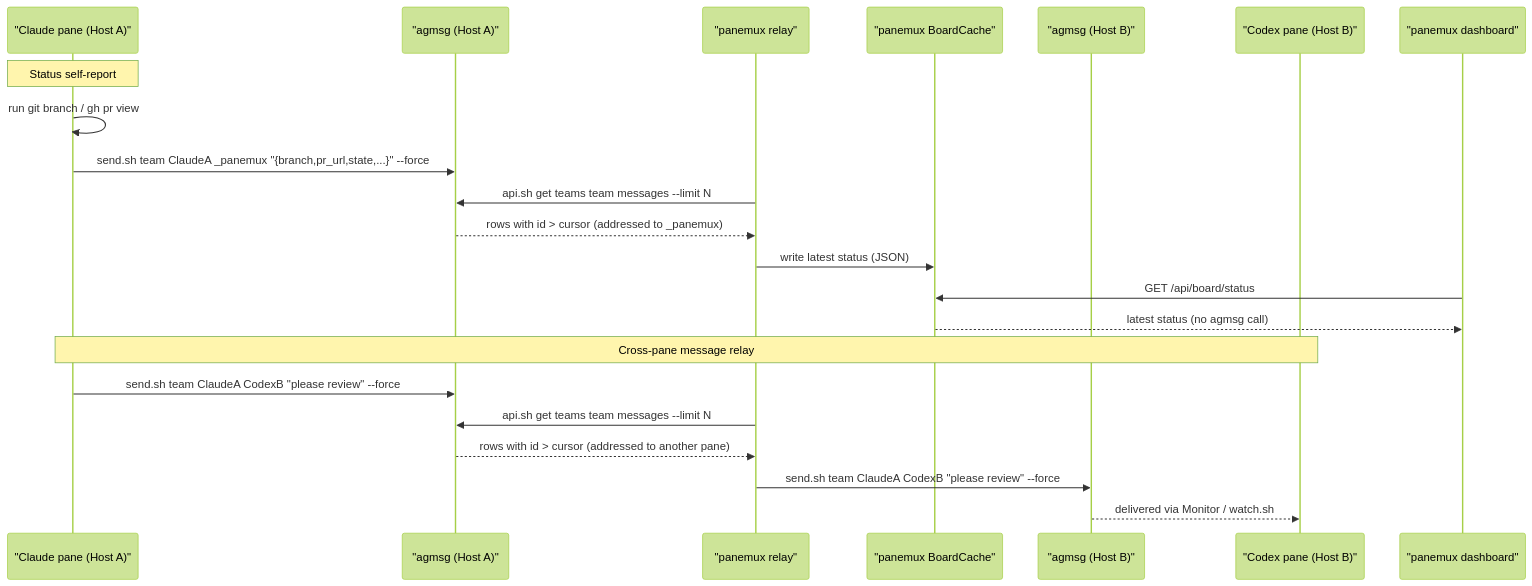
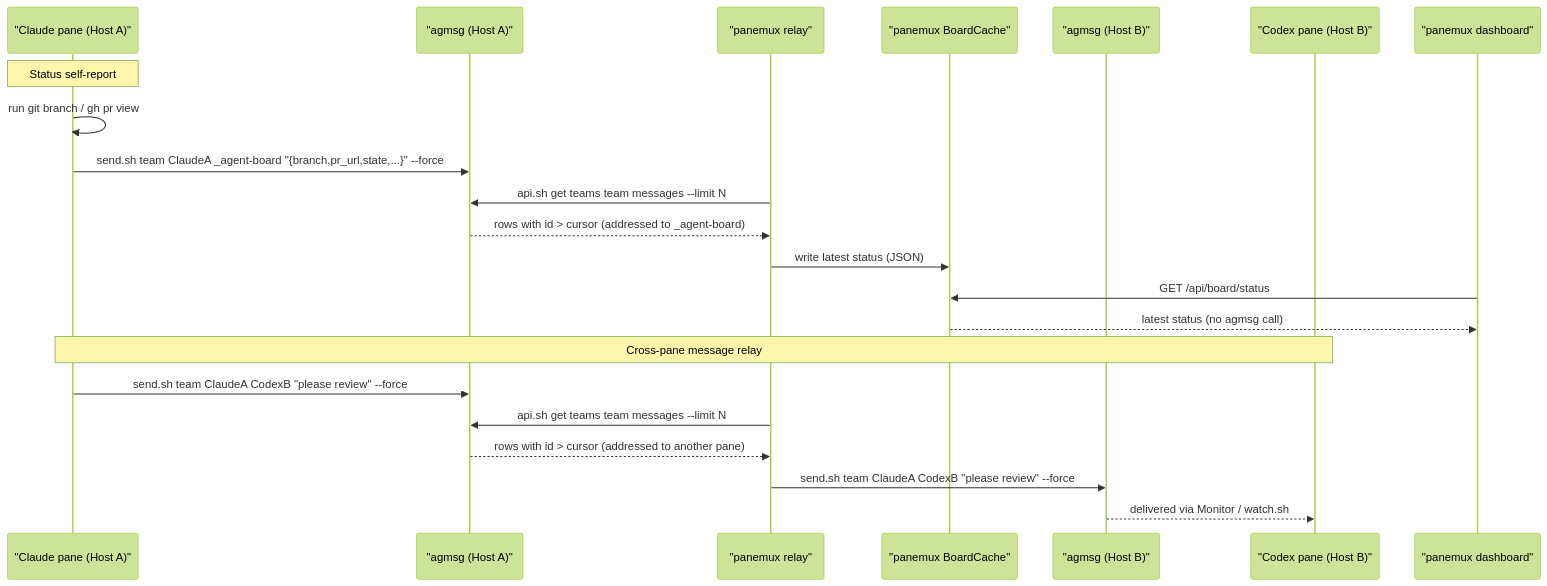
The third of 4 diagrams in docs/agent-board.md (tomo-chan/panemux), drawn with Mermaid (forest theme) before and after one commit. The commit also changed other lines of this file and 13 other files, not shown here.

````diff
--- a/docs/agent-board.md
+++ b/docs/agent-board.md
@@ -461,26 +470,26 @@
 ```mermaid
 sequenceDiagram
     participant ClaudeA as "Claude pane (Host A)"
     participant AgmsgA as "agmsg (Host A)"
     participant Relay as "panemux relay"
     participant Cache as "panemux BoardCache"
     participant AgmsgB as "agmsg (Host B)"
     participant CodexB as "Codex pane (Host B)"
     participant Dash as "panemux dashboard"
 
     Note over ClaudeA: Status self-report
     ClaudeA->>ClaudeA: run git branch / gh pr view
-    ClaudeA->>AgmsgA: send.sh team ClaudeA _panemux "{branch,pr_url,state,...}" --force
+    ClaudeA->>AgmsgA: send.sh team ClaudeA _agent-board "{branch,pr_url,state,...}" --force
     Relay->>AgmsgA: api.sh get teams team messages --limit N
-    AgmsgA-->>Relay: rows with id > cursor (addressed to _panemux)
+    AgmsgA-->>Relay: rows with id > cursor (addressed to _agent-board)
     Relay->>Cache: write latest status (JSON)
     Dash->>Cache: GET /api/board/status
     Cache-->>Dash: latest status (no agmsg call)
 
     Note over ClaudeA,CodexB: Cross-pane message relay
     ClaudeA->>AgmsgA: send.sh team ClaudeA CodexB "please review" --force
     Relay->>AgmsgA: api.sh get teams team messages --limit N
     AgmsgA-->>Relay: rows with id > cursor (addressed to another pane)
     Relay->>AgmsgB: send.sh team ClaudeA CodexB "please review" --force
     AgmsgB-->>CodexB: delivered via Monitor / watch.sh
 ```
````
